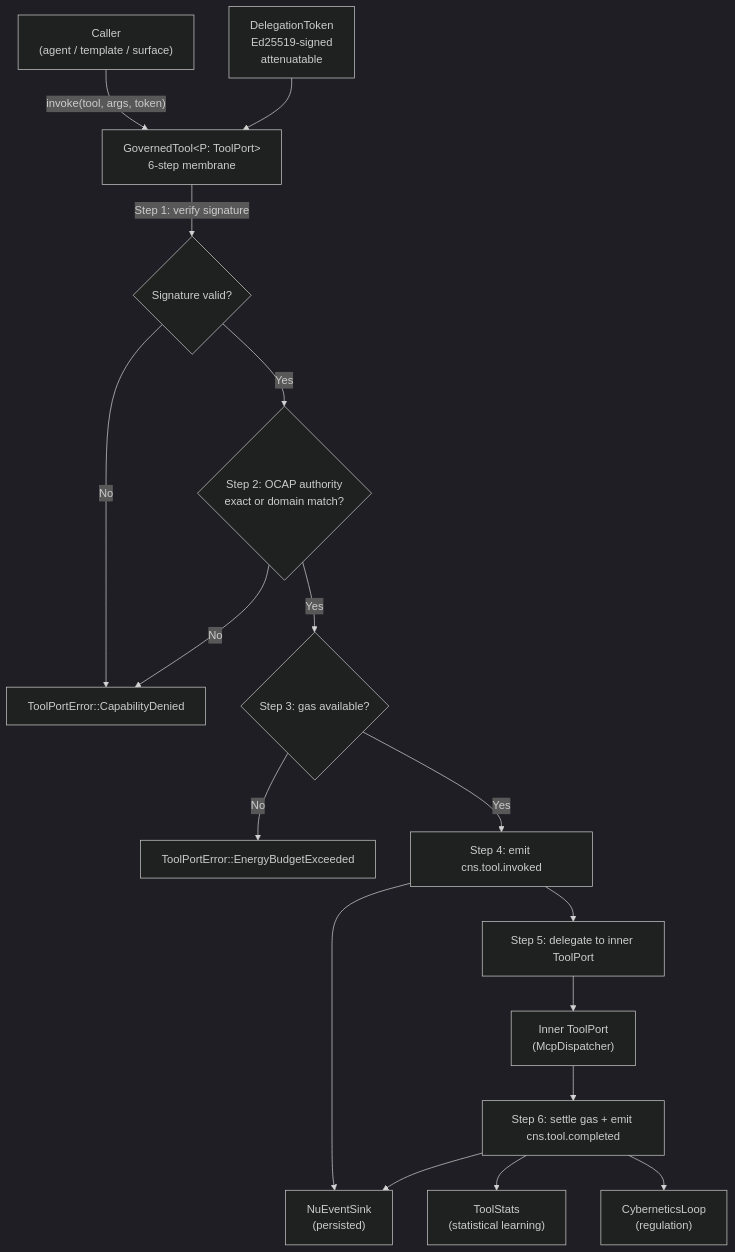
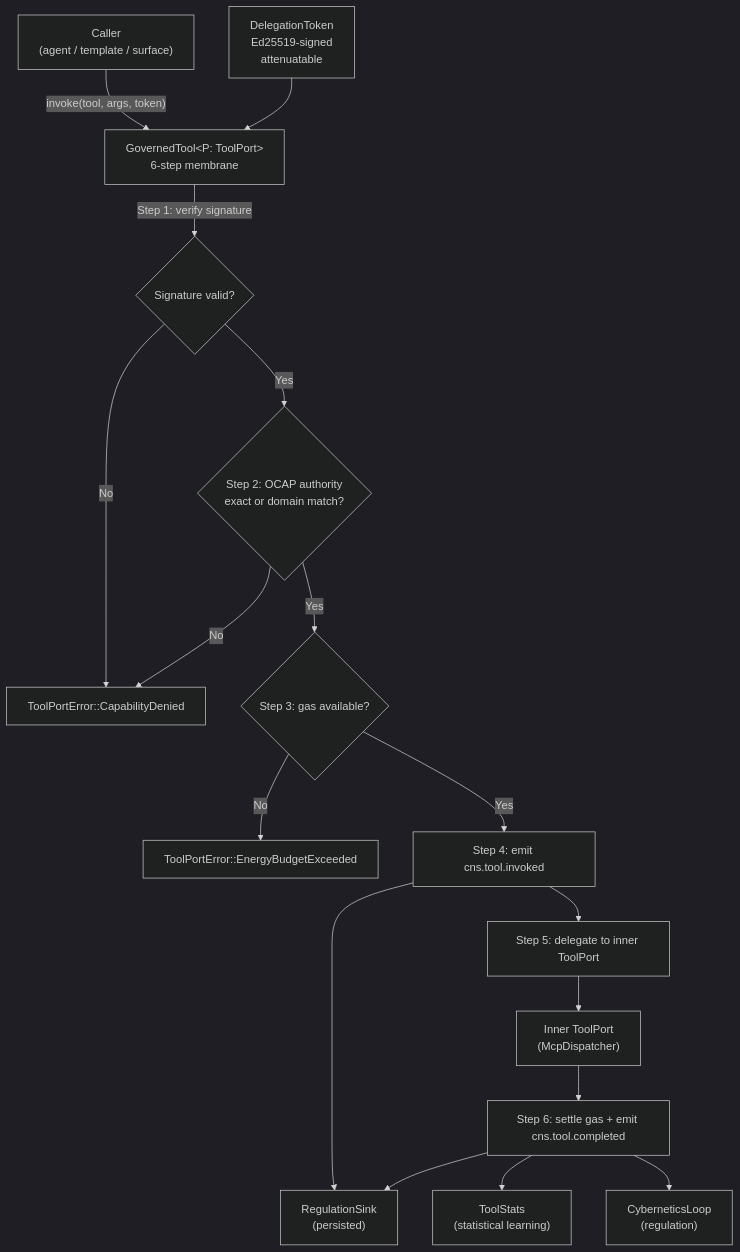
The first of 6 diagrams in docs/explanation/sovereignty-and-ocap.md (mdz-axo/hKask), drawn with Mermaid (dark theme) before and after one commit. The commit also changed other lines of this file and 35 other files, not shown here.

````diff
--- a/docs/explanation/sovereignty-and-ocap.md
+++ b/docs/explanation/sovereignty-and-ocap.md
@@ -76,28 +76,28 @@
 ```mermaid
 flowchart TD
     CALLER["Caller\n(agent / template / surface)"]
     TOKEN["DelegationToken\nEd25519-signed\nattenuatable"]
     GT["GovernedTool&lt;P: ToolPort&gt;\n6-step membrane"]
     INNER["Inner ToolPort\n(McpDispatcher)"]
-    SINK["NuEventSink\n(persisted)"]
+    SINK["RegulationSink\n(persisted)"]
     STATS["ToolStats\n(statistical learning)"]
     CNS["CyberneticsLoop\n(regulation)"]
 
     CALLER -->|"invoke(tool, args, token)"| GT
     TOKEN --> GT
 
     GT -->|"Step 1: verify signature"| CHECK1{"Signature valid?"}
     CHECK1 -->|"No"| DENY["ToolPortError::CapabilityDenied"]
     CHECK1 -->|"Yes"| CHECK2{"Step 2: OCAP authority\nexact or domain match?"}
     CHECK2 -->|"No"| DENY
     CHECK2 -->|"Yes"| RESERVE{"Step 3: gas available?"}
     RESERVE -->|"No"| EXHAUST["ToolPortError::EnergyBudgetExceeded"]
     RESERVE -->|"Yes"| EMIT1["Step 4: emit cns.tool.invoked"]
     EMIT1 --> SINK
     EMIT1 --> DELEGATE["Step 5: delegate to inner ToolPort"]
     DELEGATE --> INNER
     INNER --> SETTLE["Step 6: settle gas + emit cns.tool.completed"]
     SETTLE --> SINK
     SETTLE --> STATS
     SETTLE --> CNS
 ```
````
